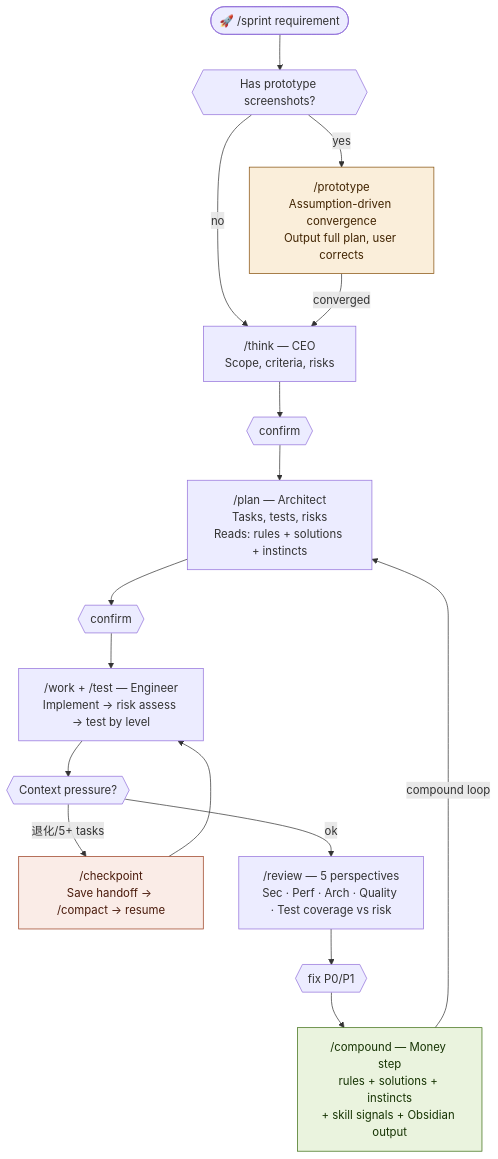
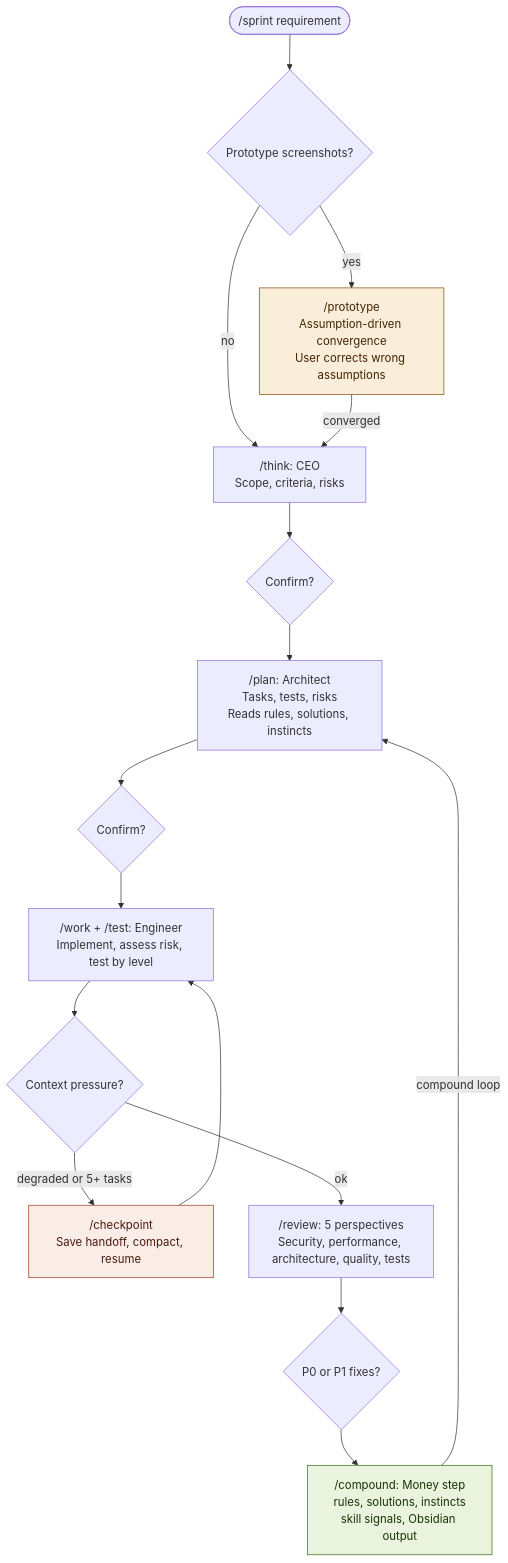
One commit to songuu/tech-persistence changed the second of 6 diagrams in README.md. Above: the diagram before and after it, drawn with Mermaid. The commit also changed other lines of this file and 17 other files, not shown here.

````diff
--- a/README.md
+++ b/README.md
@@ -78,29 +72,29 @@
 ```mermaid
 flowchart TD
-    START(["🚀 /sprint requirement"])
+    START(["/sprint requirement"])
     START --> PROTO
 
-    PROTO{{"Has prototype screenshots?"}}
-    PROTO -->|yes| PROTOTYPE["/prototype\nAssumption-driven convergence\nOutput full plan, user corrects"]
-    PROTO -->|no| THINK
+    PROTO{"Prototype screenshots?"}
+    PROTO -->|"yes"| PROTOTYPE["/prototype<br/>Assumption-driven convergence<br/>User corrects wrong assumptions"]
+    PROTO -->|"no"| THINK
 
-    PROTOTYPE -->|converged| THINK
-    THINK["/think — CEO\nScope, criteria, risks"] --> C1{{"confirm"}}
-    C1 --> PLAN["/plan — Architect\nTasks, tests, risks\nReads: rules + solutions + instincts"]
-    PLAN --> C2{{"confirm"}}
-    C2 --> WORK["/work + /test — Engineer\nImplement → risk assess → test by level"]
+    PROTOTYPE -->|"converged"| THINK
+    THINK["/think: CEO<br/>Scope, criteria, risks"] --> C1{"Confirm?"}
+    C1 --> PLAN["/plan: Architect<br/>Tasks, tests, risks<br/>Reads rules, solutions, instincts"]
+    PLAN --> C2{"Confirm?"}
+    C2 --> WORK["/work + /test: Engineer<br/>Implement, assess risk, test by level"]
 
-    WORK --> CPCHECK{{"Context pressure?"}}
-    CPCHECK -->|"退化/5+ tasks"| CHECKPOINT["/checkpoint\nSave handoff → /compact → resume"]
+    WORK --> CPCHECK{"Context pressure?"}
+    CPCHECK -->|"degraded or 5+ tasks"| CHECKPOINT["/checkpoint<br/>Save handoff, compact, resume"]
     CHECKPOINT --> WORK
-    CPCHECK -->|ok| REVIEW
+    CPCHECK -->|"ok"| REVIEW
 
-    REVIEW["/review — 5 perspectives\nSec · Perf · Arch · Quality · Test coverage vs risk"]
-    REVIEW --> C3{{"fix P0/P1"}}
-    C3 --> COMPOUND["/compound — Money step\nrules + solutions + instincts\n+ skill signals + Obsidian output"]
+    REVIEW["/review: 5 perspectives<br/>Security, performance, architecture, quality, tests"]
+    REVIEW --> C3{"P0 or P1 fixes?"}
+    C3 --> COMPOUND["/compound: Money step<br/>rules, solutions, instincts<br/>skill signals, Obsidian output"]
     COMPOUND -->|"compound loop"| PLAN
 
     style PROTOTYPE fill:#FAEEDA,stroke:#854F0B,color:#412402
     style COMPOUND fill:#EAF3DE,stroke:#3B6D11,color:#173404
     style CHECKPOINT fill:#FAECE7,stroke:#993C1D,color:#4A1B0C
 ```
````
